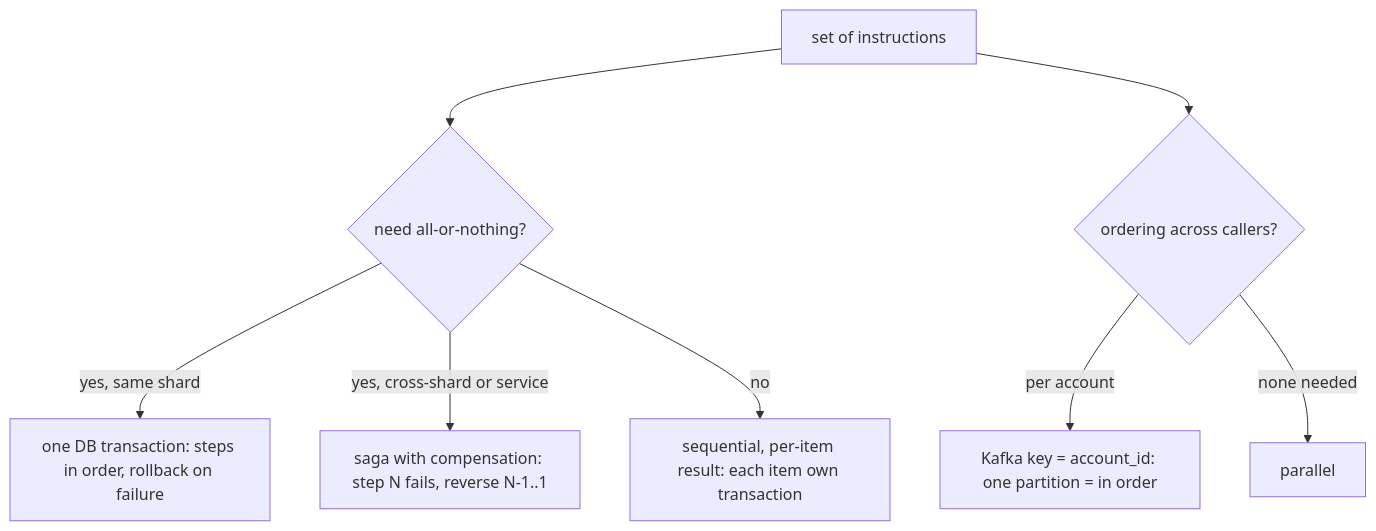
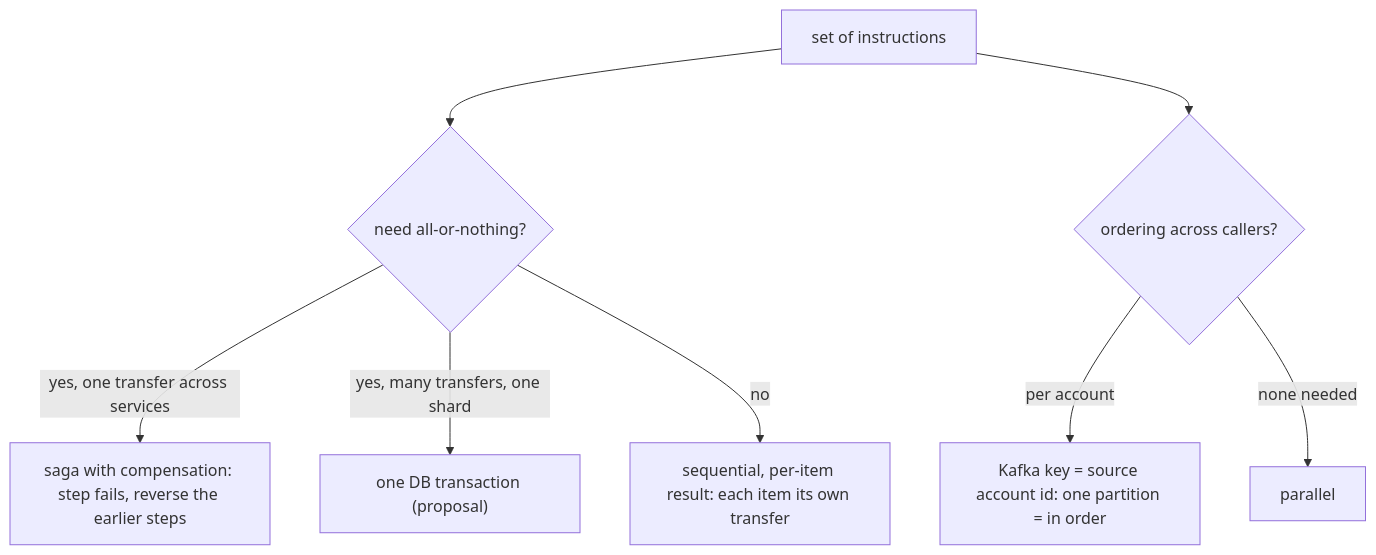
One commit to GodwinJacobR/mock-bank changed the first of 2 diagrams in docs/transfers-ordering.md. Above: the diagram before and after it, drawn with Mermaid. The commit also changed other lines of this file and 19 other files, not shown here.

Commit message:
Add transfers service spec; ledger becomes postings-only; update docs

````diff
--- a/docs/transfers-ordering.md
+++ b/docs/transfers-ordering.md
@@ -7,10 +7,10 @@
 ```mermaid
 flowchart TD
   S[set of instructions] --> Q{need all-or-nothing?}
-  Q -- "yes, same shard" --> A["one DB transaction: steps in order, rollback on failure"]
-  Q -- "yes, cross-shard or service" --> B["saga with compensation: step N fails, reverse N-1..1"]
-  Q -- no --> C["sequential, per-item result: each item own transaction"]
+  Q -- "yes, one transfer across services" --> B["saga with compensation: step fails, reverse the earlier steps"]
+  Q -- "yes, many transfers, one shard" --> A["one DB transaction (proposal)"]
+  Q -- no --> C["sequential, per-item result: each item its own transfer"]
   S --> D{ordering across callers?}
-  D -- per account --> E["Kafka key = account_id: one partition = in order"]
+  D -- per account --> E["Kafka key = source account id: one partition = in order"]
   D -- none needed --> F[parallel]
 ```
````
